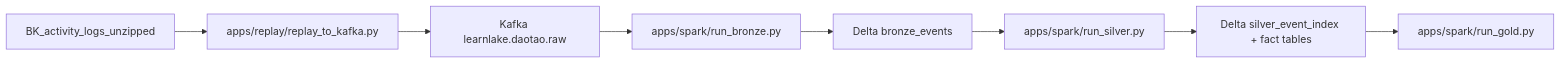
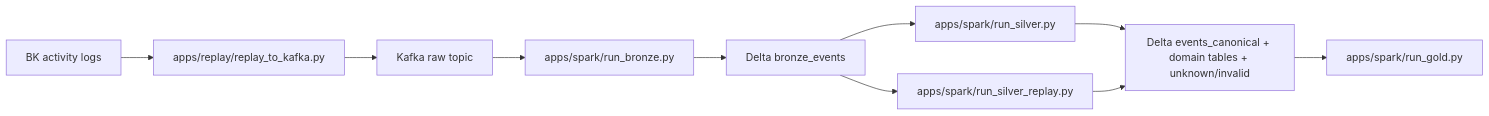
Before and after one commit to Cuong102904/LogAnalysisETL: the diagram in source/docs/architecture.md, drawn with Mermaid. The commit also changed other lines of this file and 51 other files, not shown here.

````diff
--- a/source/docs/architecture.md
+++ b/source/docs/architecture.md
@@ -5,10 +5,12 @@
 ```mermaid
 flowchart LR
-    dataFiles[BK_activity_logs_unzipped] --> replayer[apps/replay/replay_to_kafka.py]
-    replayer --> kafkaRaw[Kafka learnlake.daotao.raw]
+    dataFiles[BK activity logs] --> replayer[apps/replay/replay_to_kafka.py]
+    replayer --> kafkaRaw[Kafka raw topic]
     kafkaRaw --> bronzeApp[apps/spark/run_bronze.py]
     bronzeApp --> bronzeDelta[Delta bronze_events]
     bronzeDelta --> silverApp[apps/spark/run_silver.py]
-    silverApp --> silverDelta[Delta silver_event_index + fact tables]
+    bronzeDelta --> replayApp[apps/spark/run_silver_replay.py]
+    silverApp --> silverDelta[Delta events_canonical + domain tables + unknown/invalid]
+    replayApp --> silverDelta
     silverDelta --> goldApp[apps/spark/run_gold.py]
 ```
````
